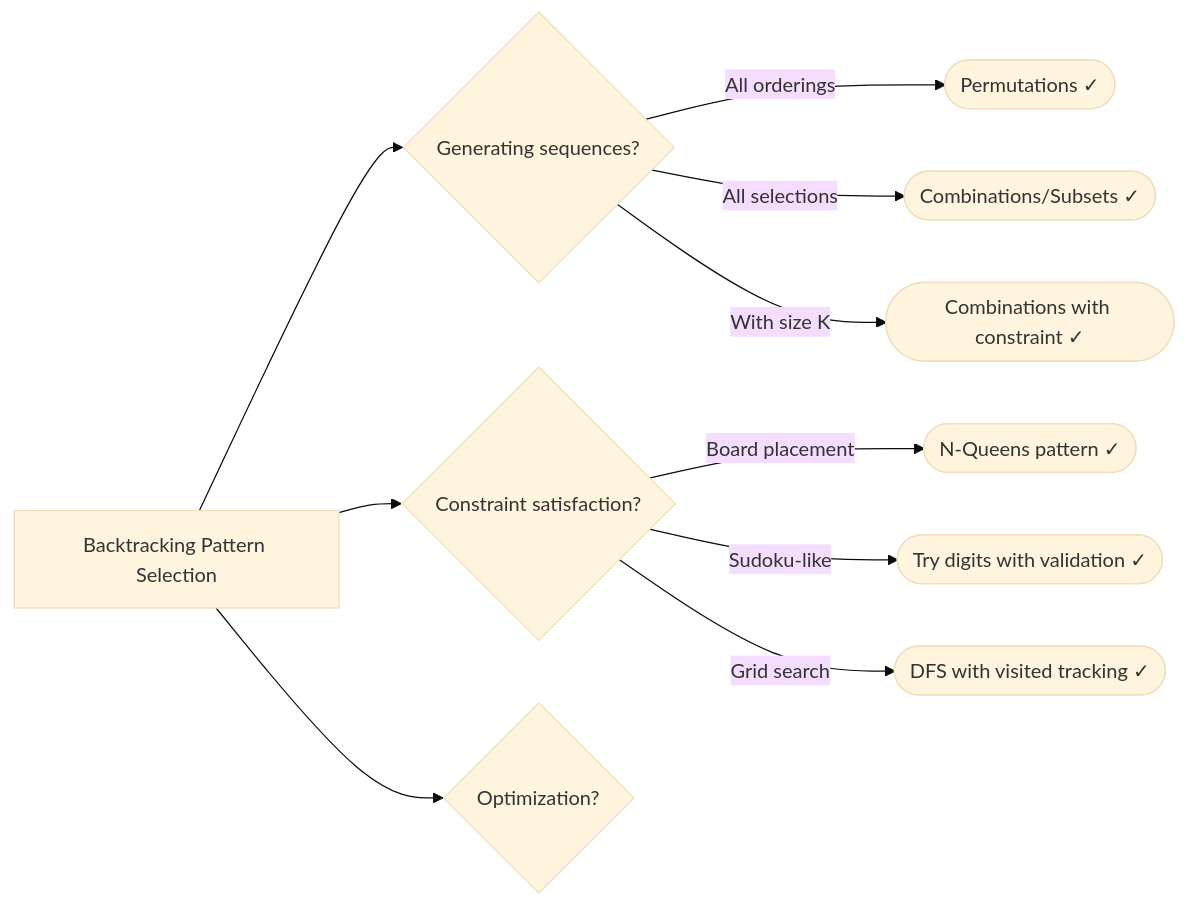
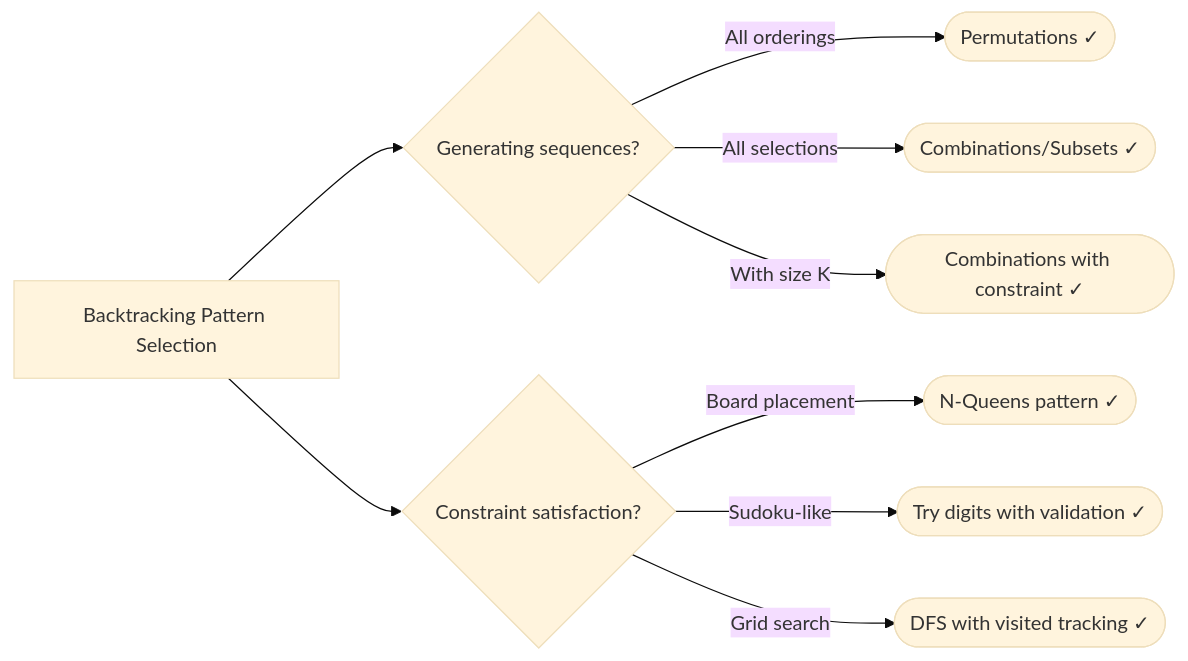
Before and after one commit to itch-n/docs: the diagram in docs/dsa/13-backtracking.md, drawn with Mermaid (base theme). The commit also changed other lines of this file and 35 other files, not shown here.

````diff
--- a/docs/dsa/13-backtracking.md
+++ b/docs/dsa/13-backtracking.md
@@ -1123,23 +931,21 @@
 ```mermaid
 flowchart LR
     Start["Backtracking Pattern Selection"]
 
     Q1{"Generating sequences?"}
     Start --> Q1
     N2(["Permutations ✓"])
     Q1 -->|"All orderings"| N2
     N3(["Combinations/Subsets ✓"])
     Q1 -->|"All selections"| N3
     N4(["Combinations with constraint ✓"])
     Q1 -->|"With size K"| N4
     Q5{"Constraint satisfaction?"}
     Start --> Q5
     N6(["N-Queens pattern ✓"])
     Q5 -->|"Board placement"| N6
     N7(["Try digits with validation ✓"])
     Q5 -->|"Sudoku-like"| N7
     N8(["DFS with visited tracking ✓"])
     Q5 -->|"Grid search"| N8
-    Q9{"Optimization?"}
-    Start --> Q9
 ```
````
